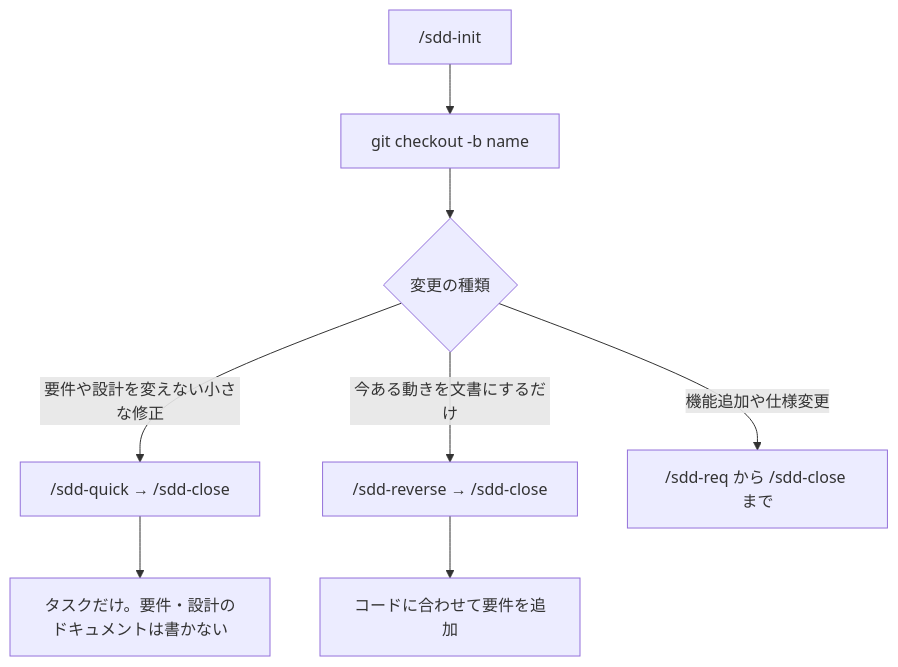
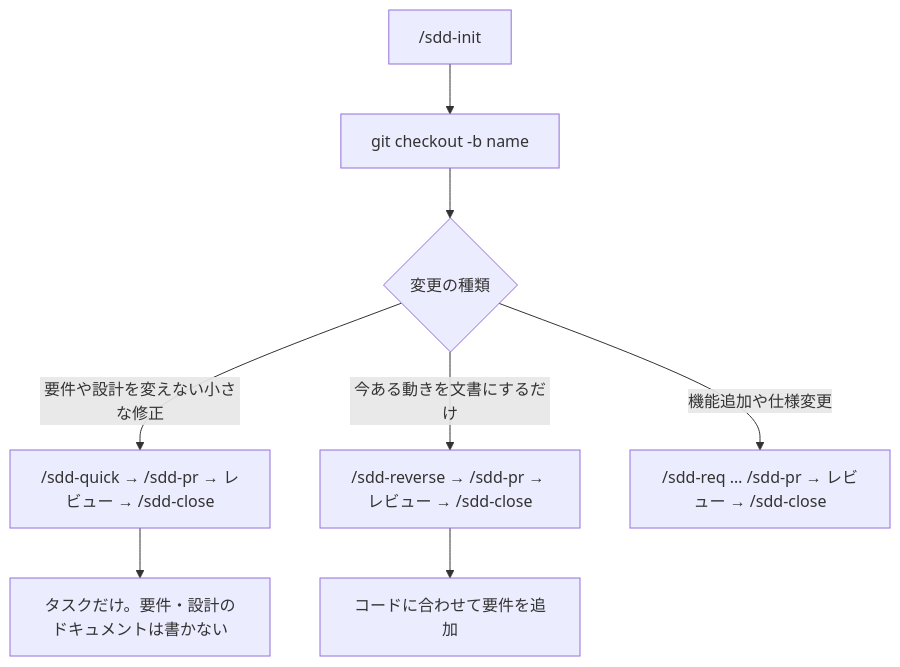
Before and after one commit to paterapatera/sdd-orc: the second of 4 diagrams in README.ja.md, drawn with Mermaid. The commit also changed other lines of this file and 11 other files, not shown here.

First line of the commit message:
feat: /sdd-pr を追加し close 前に PR を開くフローに変更 (1.2.3) (#16)

````diff
--- a/README.ja.md
+++ b/README.ja.md
@@ -135,10 +135,10 @@
 ```mermaid
 flowchart TD
   init["/sdd-init"] --> branch["git checkout -b name"]
   branch --> route{変更の種類}
-  route -->|要件や設計を変えない小さな修正| quickPath["/sdd-quick → /sdd-close"]
-  route -->|今ある動きを文書にするだけ| revPath["/sdd-reverse → /sdd-close"]
-  route -->|機能追加や仕様変更| fullPath["/sdd-req から /sdd-close まで"]
+  route -->|要件や設計を変えない小さな修正| quickPath["/sdd-quick → /sdd-pr → レビュー → /sdd-close"]
+  route -->|今ある動きを文書にするだけ| revPath["/sdd-reverse → /sdd-pr → レビュー → /sdd-close"]
+  route -->|機能追加や仕様変更| fullPath["/sdd-req … /sdd-pr → レビュー → /sdd-close"]
   quickPath --> noteQuick["タスクだけ。要件・設計のドキュメントは書かない"]
   revPath --> noteRev["コードに合わせて要件を追加"]
 ```
````
